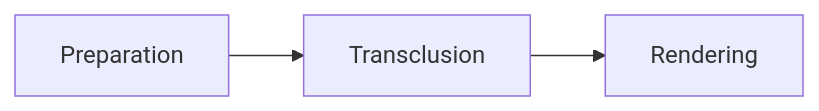
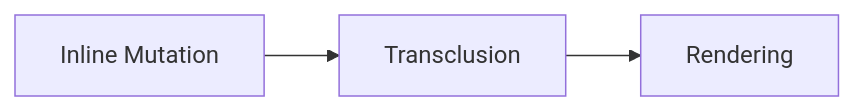
The diagram in darkmatter/docs/darkmatter-pipeline.md (yankeeinlondon/rusty-biscuit), drawn with Mermaid before and after one commit. The commit also changed other lines of this file and 3 other files, not shown here.

````diff
--- a/darkmatter/docs/darkmatter-pipeline.md
+++ b/darkmatter/docs/darkmatter-pipeline.md
@@ -5,9 +5,9 @@
 ```mermaid title="Pipeline Flow"
 flowchart LR
 
-  S1[Preparation]
+  S1[Inline Mutation]
   S2[Transclusion]
   S3[Rendering]
 
   S1 --> S2 --> S3
 ```
````
